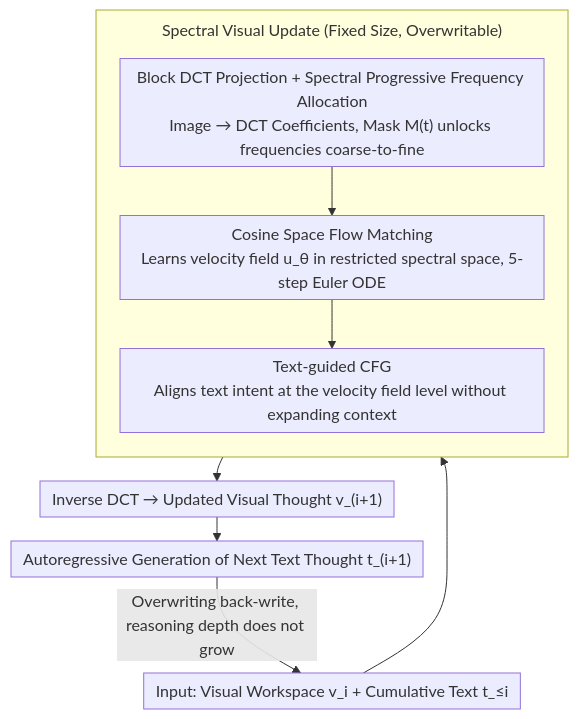
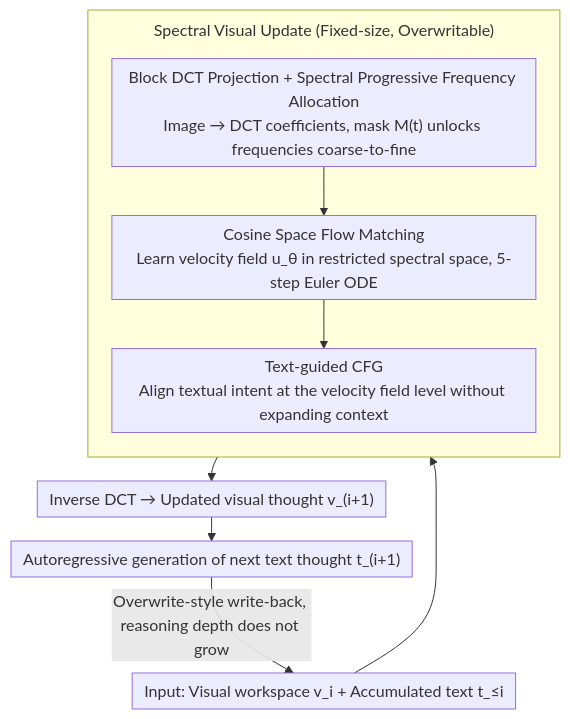
The diagram in docs/ICML2026/vlm_reasoning/spectral-progressive_thought_flow_for_lightweight_multimodal_reasoning.md (zhaoyang97/Paper-Notes-en), drawn with Mermaid before and after one commit. The commit also changed other lines of this file and 5084 other files, not shown here.

````diff
--- a/docs/ICML2026/vlm_reasoning/spectral-progressive_thought_flow_for_lightweight_multimodal_reasoning.md
+++ b/docs/ICML2026/vlm_reasoning/spectral-progressive_thought_flow_for_lightweight_multimodal_reasoning.md
@@ -43,13 +43,13 @@
 ```mermaid
 %%{init: {'flowchart': {'rankSpacing': 24, 'nodeSpacing': 28, 'padding': 6, 'wrappingWidth': 400, 'subGraphTitleMargin': {'top': 8, 'bottom': 16}}}}%%
 flowchart TD
-    A["Input: Visual Workspace v_i + Cumulative Text t_≤i"] --> VIS
-    subgraph VIS["Spectral Visual Update (Fixed Size, Overwritable)"]
+    A["Input: Visual workspace v_i + Accumulated text t_≤i"] --> VIS
+    subgraph VIS["Spectral Visual Update (Fixed-size, Overwritable)"]
         direction TB
-        B["Block DCT Projection + Spectral Progressive Frequency Allocation<br/>Image → DCT Coefficients, Mask M(t) unlocks frequencies coarse-to-fine"] --> C["Cosine Space Flow Matching<br/>Learns velocity field u_θ in restricted spectral space, 5-step Euler ODE"]
-        C --> D["Text-guided CFG<br/>Aligns text intent at the velocity field level without expanding context"]
+        B["Block DCT Projection + Spectral Progressive Frequency Allocation<br/>Image → DCT coefficients, mask M(t) unlocks frequencies coarse-to-fine"] --> C["Cosine Space Flow Matching<br/>Learn velocity field u_θ in restricted spectral space, 5-step Euler ODE"]
+        C --> D["Text-guided CFG<br/>Align textual intent at the velocity field level without expanding context"]
     end
-    VIS --> E["Inverse DCT → Updated Visual Thought v_(i+1)"]
-    E --> F["Autoregressive Generation of Next Text Thought t_(i+1)"]
-    F -->|"Overwriting back-write, reasoning depth does not grow"| A
+    VIS --> E["Inverse DCT → Updated visual thought v_(i+1)"]
+    E --> F["Autoregressive generation of next text thought t_(i+1)"]
+    F -->|"Overwrite-style write-back, reasoning depth does not grow"| A
 ```
````
